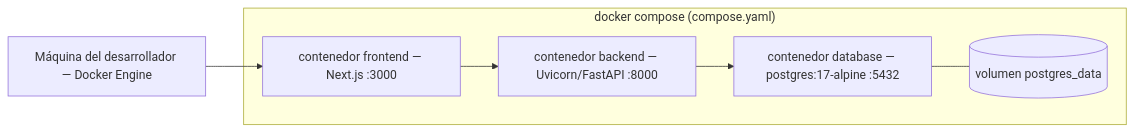
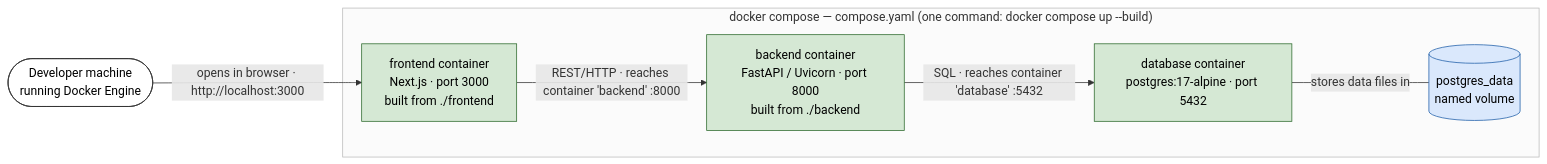
The sixth of 6 diagrams in docs/arc42/arc42-template-EN.md (ISCOUTB/AS_202620_TIENDA-VIRTUAL-UTB), drawn with Mermaid before and after one commit. The commit also changed other lines of this file and 6 other files, not shown here.

````diff
--- a/docs/arc42/arc42-template-EN.md
+++ b/docs/arc42/arc42-template-EN.md
@@ -301,14 +389,19 @@
 ```mermaid
 flowchart LR
-    Dev["Máquina del desarrollador — Docker Engine"]
-    subgraph Compose["docker compose (compose.yaml)"]
-        FE["contenedor frontend — Next.js :3000"]
-        BE["contenedor backend — Uvicorn/FastAPI :8000"]
-        PG["contenedor database — postgres:17-alpine :5432"]
-        VOL[("volumen postgres_data")]
+    Dev(["Developer machine<br/>running Docker Engine"]):::actor
+    subgraph Compose["docker compose — compose.yaml (one command: docker compose up --build)"]
+        FE["frontend container<br/>Next.js · port 3000<br/>built from ./frontend"]:::node
+        BE["backend container<br/>FastAPI / Uvicorn · port 8000<br/>built from ./backend"]:::node
+        PG["database container<br/>postgres:17-alpine · port 5432"]:::node
+        VOL[("postgres_data<br/>named volume")]:::data
     end
-    Dev --> FE
-    FE --> BE
-    BE --> PG
-    PG --- VOL
+    Dev -->|"opens in browser · http://localhost:3000"| FE
+    FE -->|"REST/HTTP · reaches container 'backend' :8000"| BE
+    BE -->|"SQL · reaches container 'database' :5432"| PG
+    PG ---|"stores data files in"| VOL
+
+    classDef actor fill:#ffffff,stroke:#333333,color:#000000
+    classDef node fill:#d5e8d4,stroke:#2d6a2d,color:#000000
+    classDef data fill:#dae8fc,stroke:#1f5fa8,color:#000000
+    style Compose fill:#fbfbfb,stroke:#bbbbbb
 ```
````
